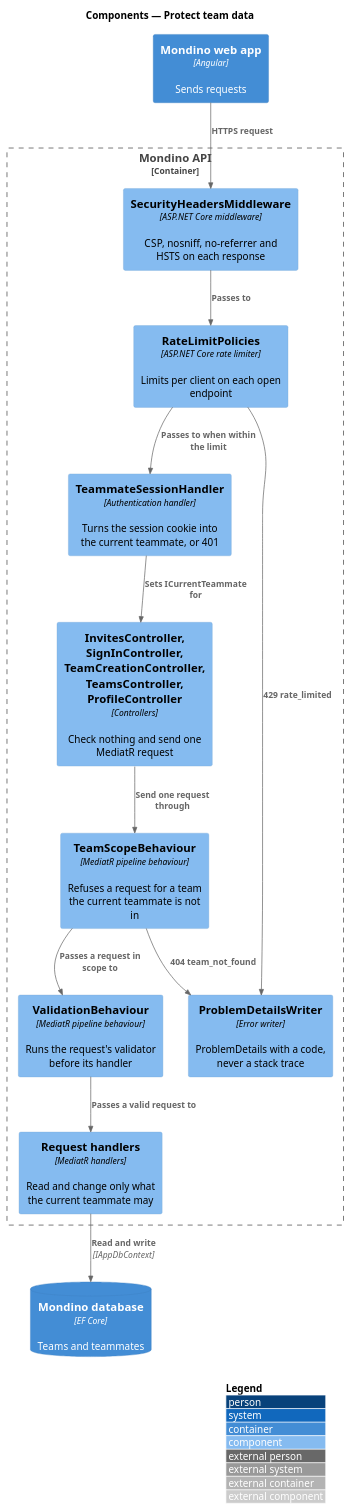
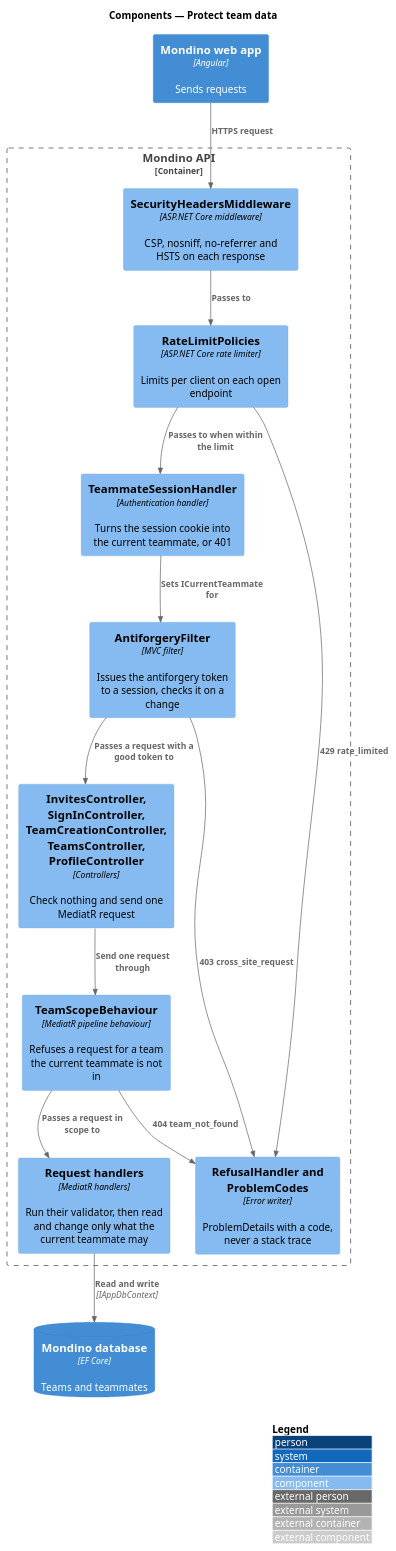
Before and after one commit to QuinntyneBrown/Mondino: the diagram in docs/detailed-designs/platform/protect-team-data/diagrams/c4-component.puml, drawn with PlantUML. The commit also changed 13 other files, not shown here.

Commit message:
Decide how every endpoint is closed unless marked open, how a session's changes carry an antiforgery token and how the app is served under a nonce-based CSP

```diff
--- a/docs/detailed-designs/platform/protect-team-data/diagrams/c4-component.puml
+++ b/docs/detailed-designs/platform/protect-team-data/diagrams/c4-component.puml
@@ -1,28 +1,29 @@
 @startuml
 !include <C4/C4_Component>
 LAYOUT_WITH_LEGEND()
 title Components — Protect team data
 
 Container(spa, "Mondino web app", "Angular", "Sends requests")
 Container_Boundary(api, "Mondino API") {
   Component(headers, "SecurityHeadersMiddleware", "ASP.NET Core middleware", "CSP, nosniff, no-referrer and HSTS on each response")
   Component(limits, "RateLimitPolicies", "ASP.NET Core rate limiter", "Limits per client on each open endpoint")
   Component(session, "TeammateSessionHandler", "Authentication handler", "Turns the session cookie into the current teammate, or 401")
   Component(controllers, "InvitesController, SignInController, TeamCreationController, TeamsController, ProfileController", "Controllers", "Check nothing and send one MediatR request")
   Component(scope, "TeamScopeBehaviour", "MediatR pipeline behaviour", "Refuses a request for a team the current teammate is not in")
-  Component(validation, "ValidationBehaviour", "MediatR pipeline behaviour", "Runs the request's validator before its handler")
-  Component(handlers, "Request handlers", "MediatR handlers", "Read and change only what the current teammate may")
-  Component(problems, "ProblemDetailsWriter", "Error writer", "ProblemDetails with a code, never a stack trace")
+  Component(antiforgery, "AntiforgeryFilter", "MVC filter", "Issues the antiforgery token to a session, checks it on a change")
+  Component(handlers, "Request handlers", "MediatR handlers", "Run their validator, then read and change only what the current teammate may")
+  Component(problems, "RefusalHandler and ProblemCodes", "Error writer", "ProblemDetails with a code, never a stack trace")
 }
 ContainerDb(db, "Mondino database", "EF Core", "Teams and teammates")
 Rel(spa, headers, "HTTPS request")
 Rel(headers, limits, "Passes to")
 Rel(limits, session, "Passes to when within the limit")
-Rel(session, controllers, "Sets ICurrentTeammate for")
+Rel(session, antiforgery, "Sets ICurrentTeammate for")
+Rel(antiforgery, controllers, "Passes a request with a good token to")
+Rel(antiforgery, problems, "403 cross_site_request")
 Rel(controllers, scope, "Send one request through")
-Rel(scope, validation, "Passes a request in scope to")
-Rel(validation, handlers, "Passes a valid request to")
+Rel(scope, handlers, "Passes a request in scope to")
 Rel(handlers, db, "Read and write", "IAppDbContext")
 Rel(scope, problems, "404 team_not_found")
 Rel(limits, problems, "429 rate_limited")
 @enduml
```
